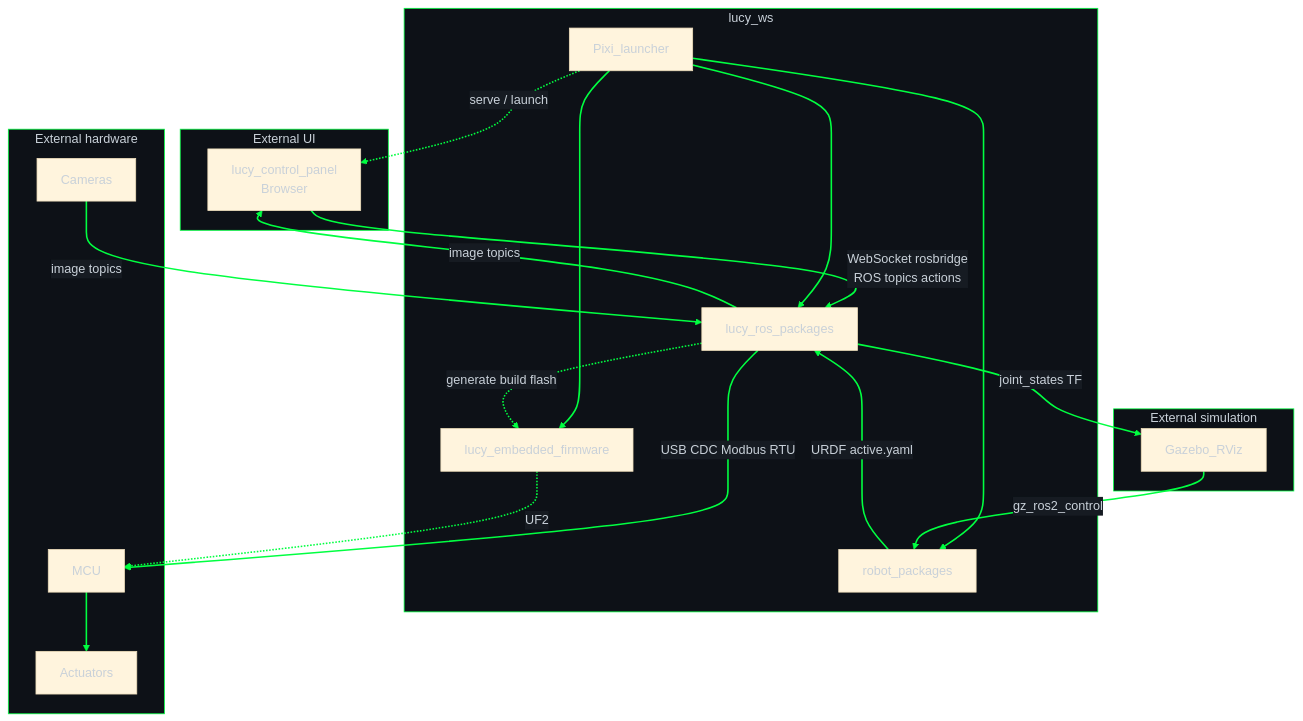
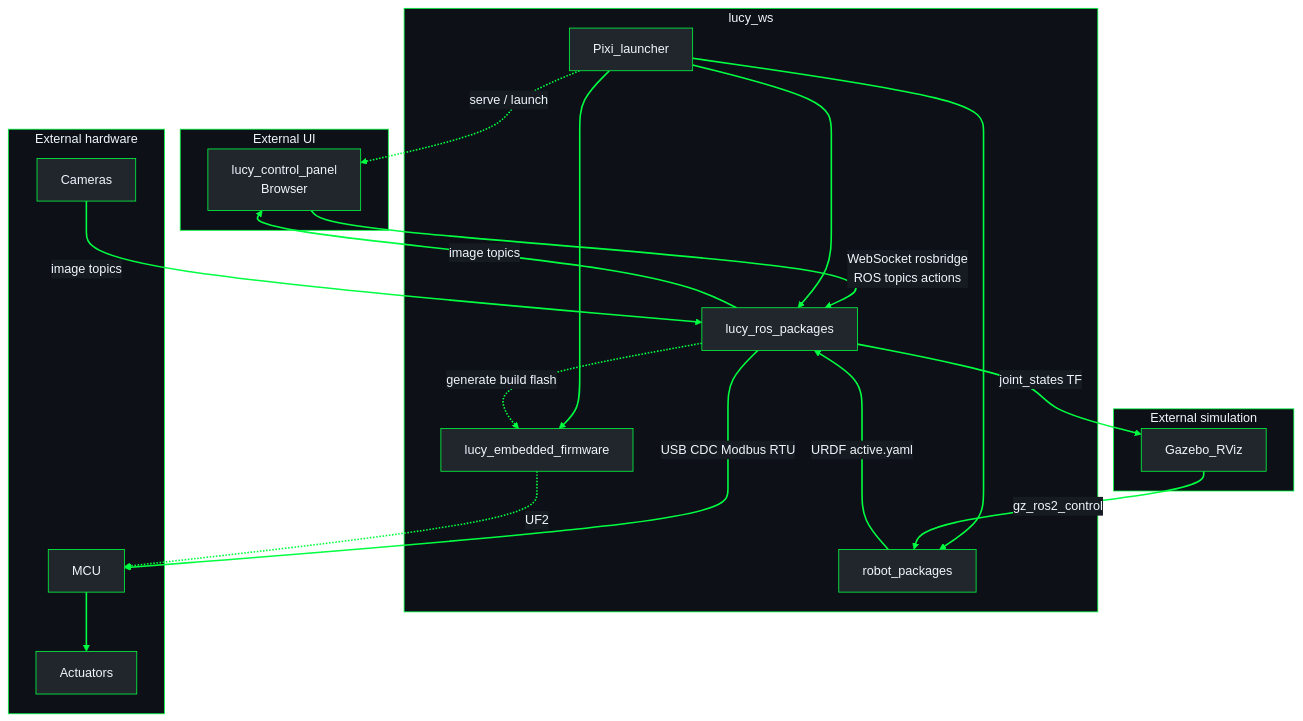
One commit to Lucy-Robotics/lucy_ws changed the diagram in docs/architecture/overview.md. Above: the diagram before and after it, drawn with Mermaid. The commit also changed 1 other file, not shown here.

Commit message:
fix(architecture): improve Mermaid diagram contrast
Use a self-contained dark node palette with light text so labels stay
readable on GitHub light and dark themes, while keeping #00FF41 accents.

````diff
--- a/docs/architecture/overview.md
+++ b/docs/architecture/overview.md
@@ -12,41 +12,41 @@
 ```mermaid
-%%{init: {"theme": "base", "themeVariables": {"lineColor": "#00FF41", "primaryTextColor": "#c9d1d9", "secondaryTextColor": "#c9d1d9", "tertiaryTextColor": "#c9d1d9", "edgeLabelBackground": "#161b22", "clusterBkg": "#0d1117", "clusterBorder": "#00FF41", "titleColor": "#c9d1d9"}}}%%
+%%{init: {"theme": "base", "themeVariables": {"darkMode": true, "background": "#0d1117", "mainBkg": "#21262d", "primaryColor": "#21262d", "primaryTextColor": "#f0f6fc", "primaryBorderColor": "#00FF41", "secondaryColor": "#161b22", "secondaryTextColor": "#f0f6fc", "secondaryBorderColor": "#00FF41", "tertiaryColor": "#161b22", "tertiaryTextColor": "#f0f6fc", "tertiaryBorderColor": "#00FF41", "lineColor": "#00FF41", "textColor": "#f0f6fc", "nodeTextColor": "#f0f6fc", "edgeLabelBackground": "#161b22", "clusterBkg": "#0d1117", "clusterBorder": "#00FF41", "titleColor": "#f0f6fc"}}}%%
 flowchart TB
   subgraph externalUi ["External UI"]
     LCP["lucy_control_panel\nBrowser"]
   end
 
   subgraph lucyWs ["lucy_ws"]
     Pixi["Pixi_launcher"]
     ROS["lucy_ros_packages"]
     FW["lucy_embedded_firmware"]
     Robots["robot_packages"]
   end
 
   subgraph externalHw ["External hardware"]
     MCU["MCU"]
     Actuators["Actuators"]
     Cams["Cameras"]
   end
 
   subgraph externalSim ["External simulation"]
     Gazebo["Gazebo_RViz"]
   end
 
   LCP -->|"WebSocket rosbridge\nROS topics actions"| ROS
   Pixi -.->|"serve / launch"| LCP
   Pixi --> ROS
   Pixi --> FW
   Pixi --> Robots
   Robots -->|"URDF active.yaml"| ROS
   ROS -.->|"generate build flash"| FW
   ROS -->|"USB CDC Modbus RTU"| MCU
   FW -.->|"UF2"| MCU
   MCU --> Actuators
   Cams -->|"image topics"| ROS
   ROS -->|"image topics"| LCP
   ROS -->|"joint_states TF"| Gazebo
   Gazebo -->|"gz_ros2_control"| Robots
 
   linkStyle default stroke:#00FF41,stroke-width:2px
 ```
````
